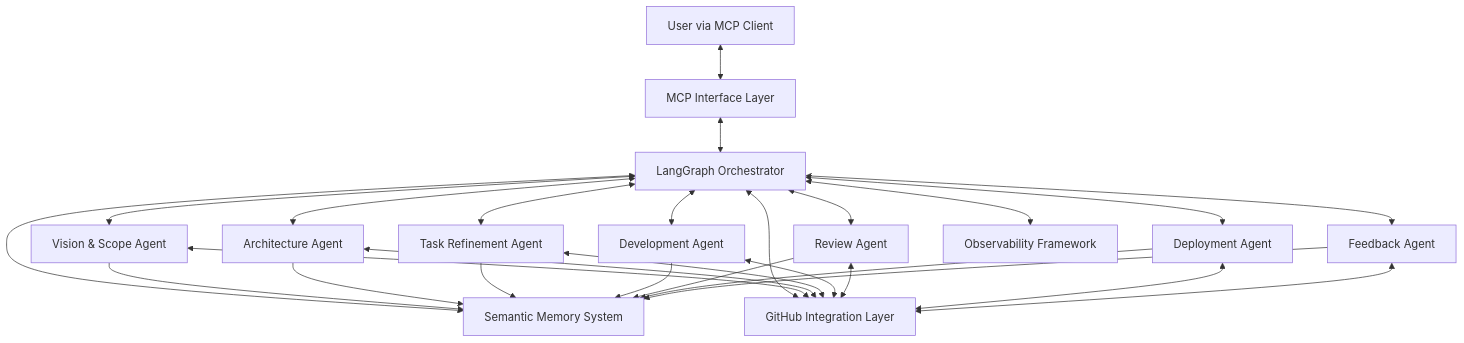
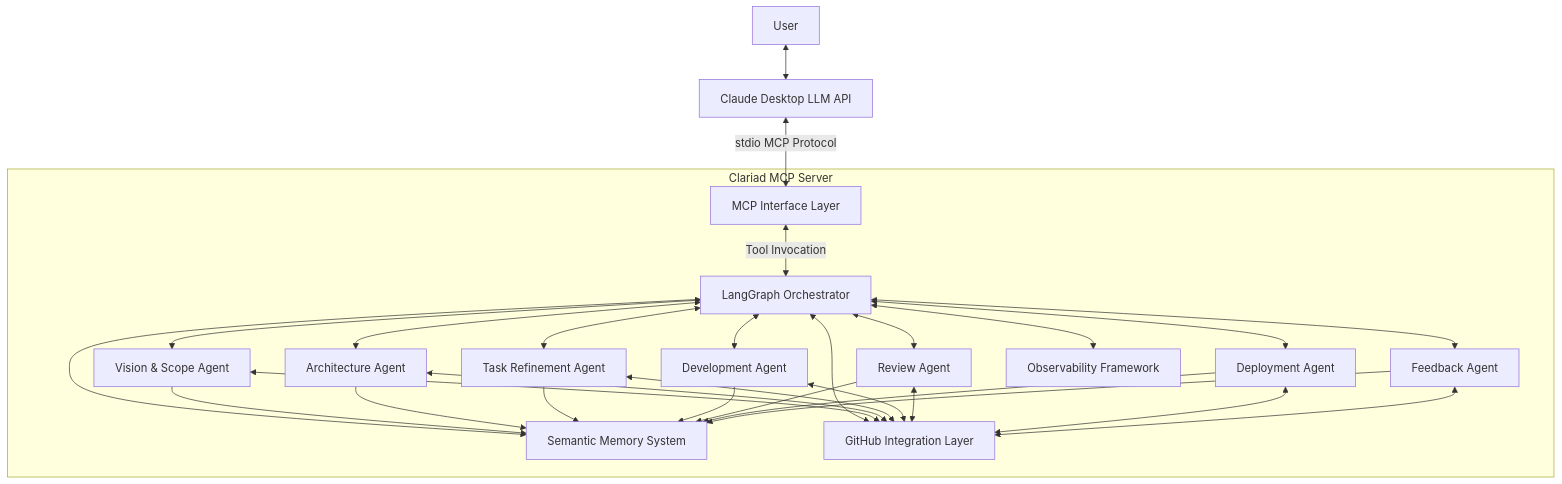
Before and after one commit to unterrichtdaniel/clariad: the first of 2 diagrams in docs/Architecture.md, drawn with Mermaid. The commit also changed other lines of this file and 12 other files, not shown here.

````diff
--- a/docs/Architecture.md
+++ b/docs/Architecture.md
@@ -114,29 +123,33 @@
 ```mermaid
 graph TD
-    User[User via MCP Client] <--> MCP[MCP Interface Layer]
-    MCP <--> Orchestrator[LangGraph Orchestrator]
-    Orchestrator <--> Memory[Semantic Memory System]
-    Orchestrator <--> GitHub[GitHub Integration Layer]
-    Orchestrator <--> Vision[Vision & Scope Agent]
-    Orchestrator <--> Arch[Architecture Agent]
-    Orchestrator <--> Task[Task Refinement Agent]
-    Orchestrator <--> Dev[Development Agent]
-    Orchestrator <--> Review[Review Agent]
-    Orchestrator <--> Deploy[Deployment Agent]
-    Orchestrator <--> Feedback[Feedback Agent]
-    Vision --> Memory
-    Arch --> Memory
-    Task --> Memory
-    Dev --> Memory
-    Review --> Memory
-    Deploy --> Memory
-    Feedback --> Memory
-    Vision <--> GitHub
-    Arch <--> GitHub
-    Task <--> GitHub
-    Dev <--> GitHub
-    Review <--> GitHub
-    Deploy <--> GitHub
-    Feedback <--> GitHub
-    Orchestrator <--> ObsF[Observability Framework]
+    User[User] <--> Claude[Claude Desktop LLM API]
+    Claude <--> |stdio MCP Protocol| MCP[MCP Interface Layer]
+    
+    subgraph "Clariad MCP Server"
+        MCP <--> |Tool Invocation| Orchestrator[LangGraph Orchestrator]
+        Orchestrator <--> Memory[Semantic Memory System]
+        Orchestrator <--> GitHub[GitHub Integration Layer]
+        Orchestrator <--> Vision[Vision & Scope Agent]
+        Orchestrator <--> Arch[Architecture Agent]
+        Orchestrator <--> Task[Task Refinement Agent]
+        Orchestrator <--> Dev[Development Agent]
+        Orchestrator <--> Review[Review Agent]
+        Orchestrator <--> Deploy[Deployment Agent]
+        Orchestrator <--> Feedback[Feedback Agent]
+        Vision --> Memory
+        Arch --> Memory
+        Task --> Memory
+        Dev --> Memory
+        Review --> Memory
+        Deploy --> Memory
+        Feedback --> Memory
+        Vision <--> GitHub
+        Arch <--> GitHub
+        Task <--> GitHub
+        Dev <--> GitHub
+        Review <--> GitHub
+        Deploy <--> GitHub
+        Feedback <--> GitHub
+        Orchestrator <--> ObsF[Observability Framework]
+    end
 ```
````
